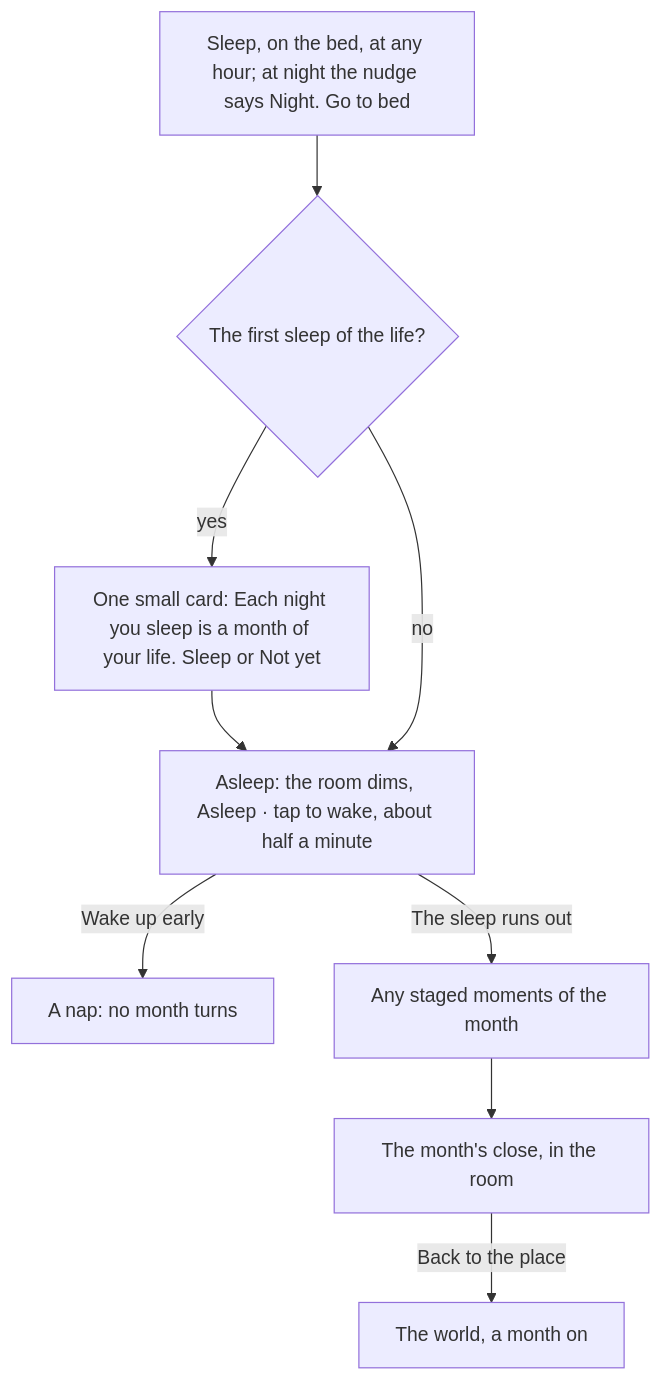
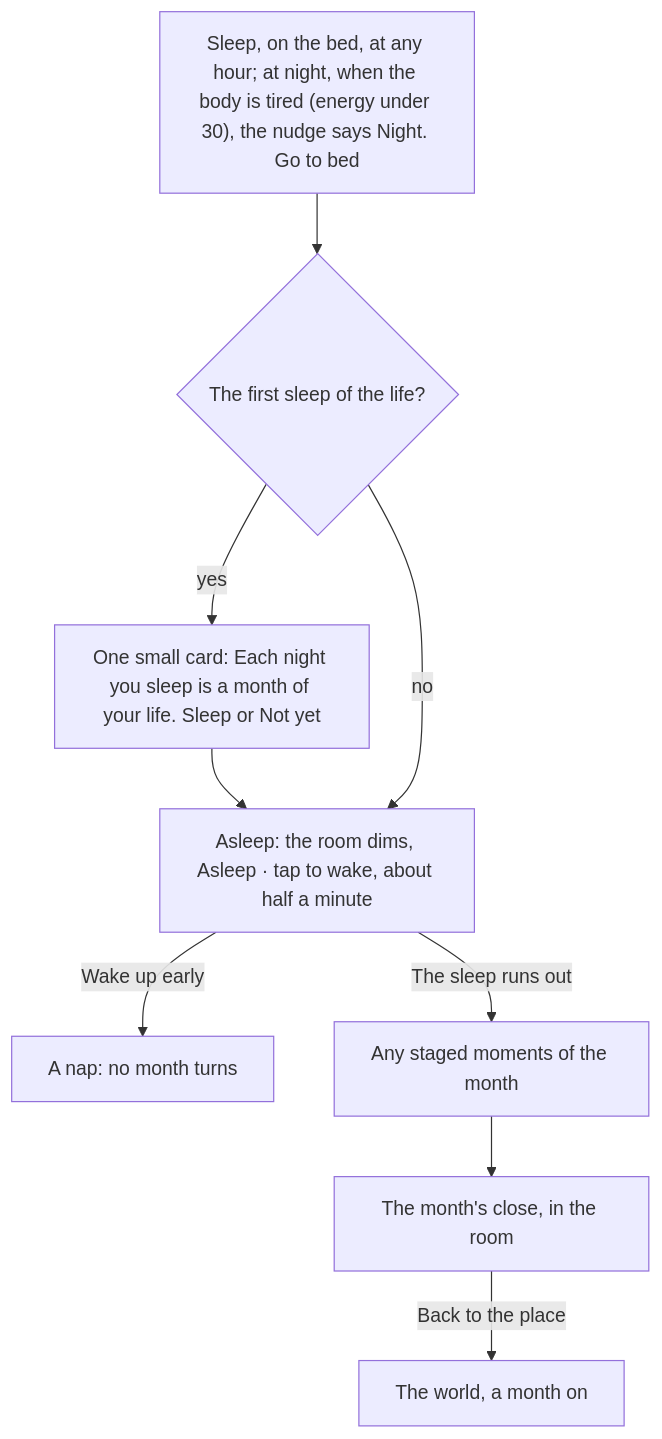
The diagram in docs/site/plays/month.md (buildlab-studio/japacity), drawn with Mermaid before and after one commit. The commit also changed other lines of this file and 122 other files, not shown here.

````diff
--- a/docs/site/plays/month.md
+++ b/docs/site/plays/month.md
@@ -30,11 +46,11 @@
 ```mermaid
 flowchart TD
-  N["Sleep, on the bed, at any hour; at night the nudge says Night. Go to bed"] --> Q{"The first sleep of the life?"}
+  N["Sleep, on the bed, at any hour; at night, when the body is tired (energy under 30), the nudge says Night. Go to bed"] --> Q{"The first sleep of the life?"}
   Q -->|yes| C["One small card: Each night you sleep is a month of your life. Sleep or Not yet"]
   C --> S["Asleep: the room dims, Asleep · tap to wake, about half a minute"]
   Q -->|no| S
   S -->|"Wake up early"| W2["A nap: no month turns"]
   S -->|"The sleep runs out"| MO["Any staged moments of the month"]
   MO --> R["The month's close, in the room"]
   R -->|"Back to the place"| W["The world, a month on"]
 ```
````
